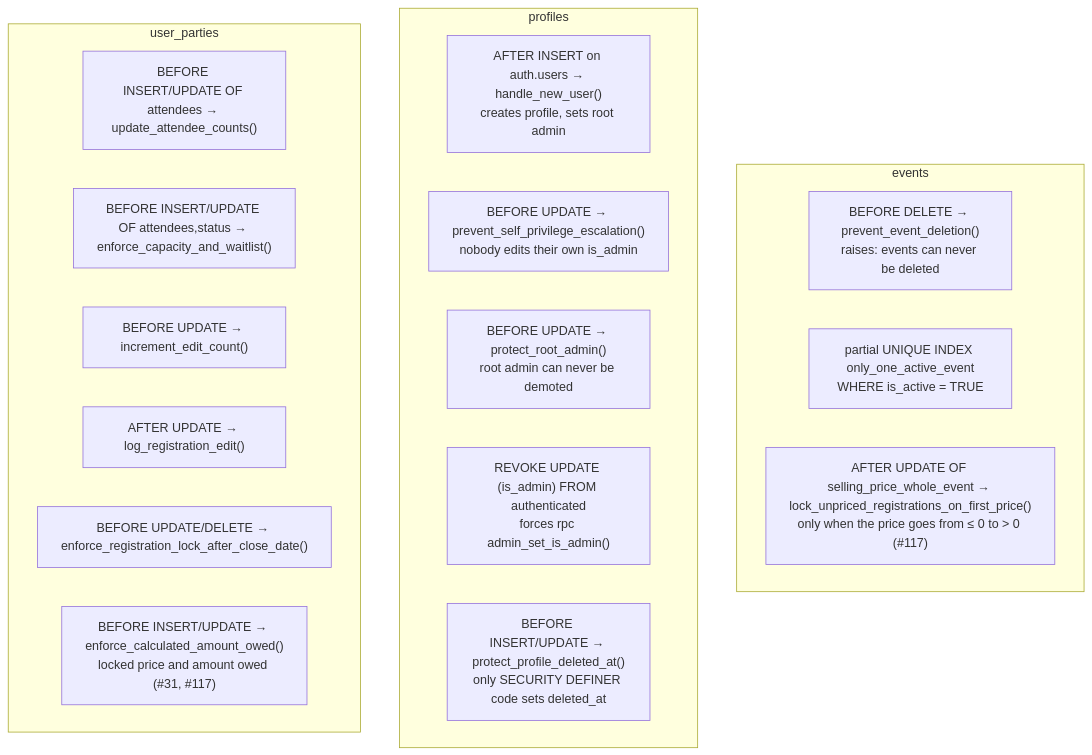
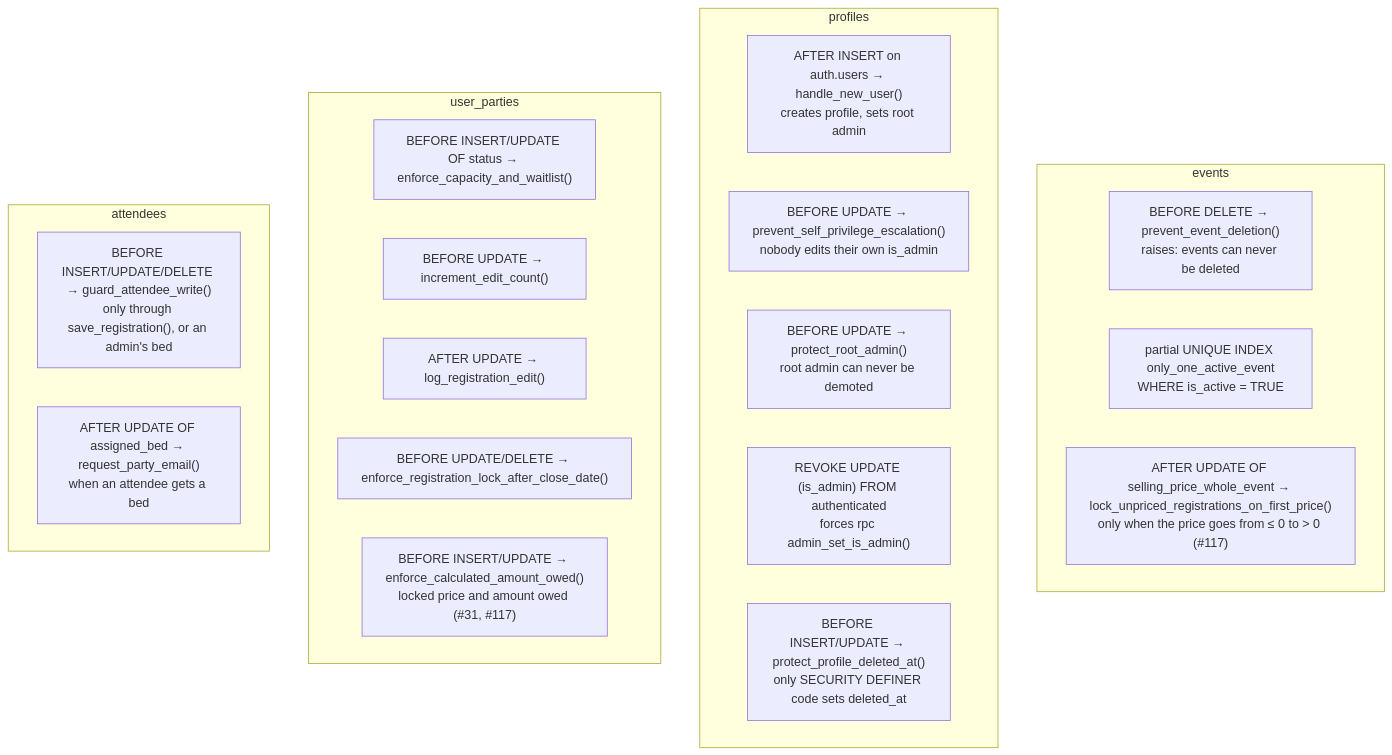
One commit to YULmix/yulmix-la-bedaine changed the second of 2 diagrams in docs/03-data-model.md. Above: the diagram before and after it, drawn with Mermaid. The commit also changed other lines of this file and 25 other files, not shown here.

````diff
--- a/docs/03-data-model.md
+++ b/docs/03-data-model.md
@@ -221,23 +214,26 @@
 ```mermaid
 flowchart TD
   subgraph events
     E1["BEFORE DELETE → prevent_event_deletion()<br/>raises: events can never be deleted"]
     E2["partial UNIQUE INDEX only_one_active_event<br/>WHERE is_active = TRUE"]
     E3["AFTER UPDATE OF selling_price_whole_event → lock_unpriced_registrations_on_first_price()<br/>only when the price goes from ≤ 0 to > 0 (#117)"]
   end
   subgraph profiles
     P1["AFTER INSERT on auth.users → handle_new_user()<br/>creates profile, sets root admin"]
     P2["BEFORE UPDATE → prevent_self_privilege_escalation()<br/>nobody edits their own is_admin"]
     P3["BEFORE UPDATE → protect_root_admin()<br/>root admin can never be demoted"]
     P4["REVOKE UPDATE (is_admin) FROM authenticated<br/>forces rpc admin_set_is_admin()"]
     P5["BEFORE INSERT/UPDATE → protect_profile_deleted_at()<br/>only SECURITY DEFINER code sets deleted_at"]
   end
   subgraph user_parties
-    U1["BEFORE INSERT/UPDATE OF attendees → update_attendee_counts()"]
-    U2["BEFORE INSERT/UPDATE OF attendees,status → enforce_capacity_and_waitlist()"]
+    U2["BEFORE INSERT/UPDATE OF status → enforce_capacity_and_waitlist()"]
     U3["BEFORE UPDATE → increment_edit_count()"]
     U4["AFTER UPDATE → log_registration_edit()"]
     U5["BEFORE UPDATE/DELETE → enforce_registration_lock_after_close_date()"]
     U6["BEFORE INSERT/UPDATE → enforce_calculated_amount_owed()<br/>locked price and amount owed (#31, #117)"]
   end
+  subgraph attendees
+    A1["BEFORE INSERT/UPDATE/DELETE → guard_attendee_write()<br/>only through save_registration(), or an admin's bed"]
+    A2["AFTER UPDATE OF assigned_bed → request_party_email()<br/>when an attendee gets a bed"]
+  end
 ```
````
